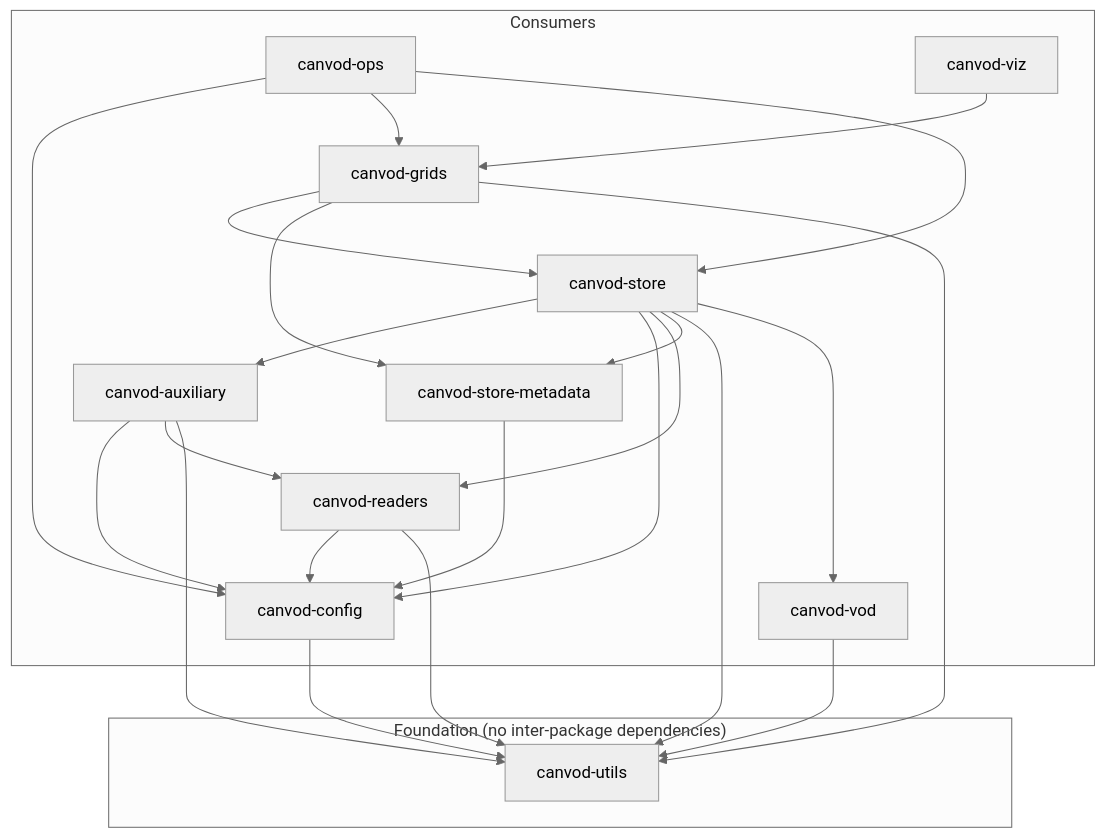
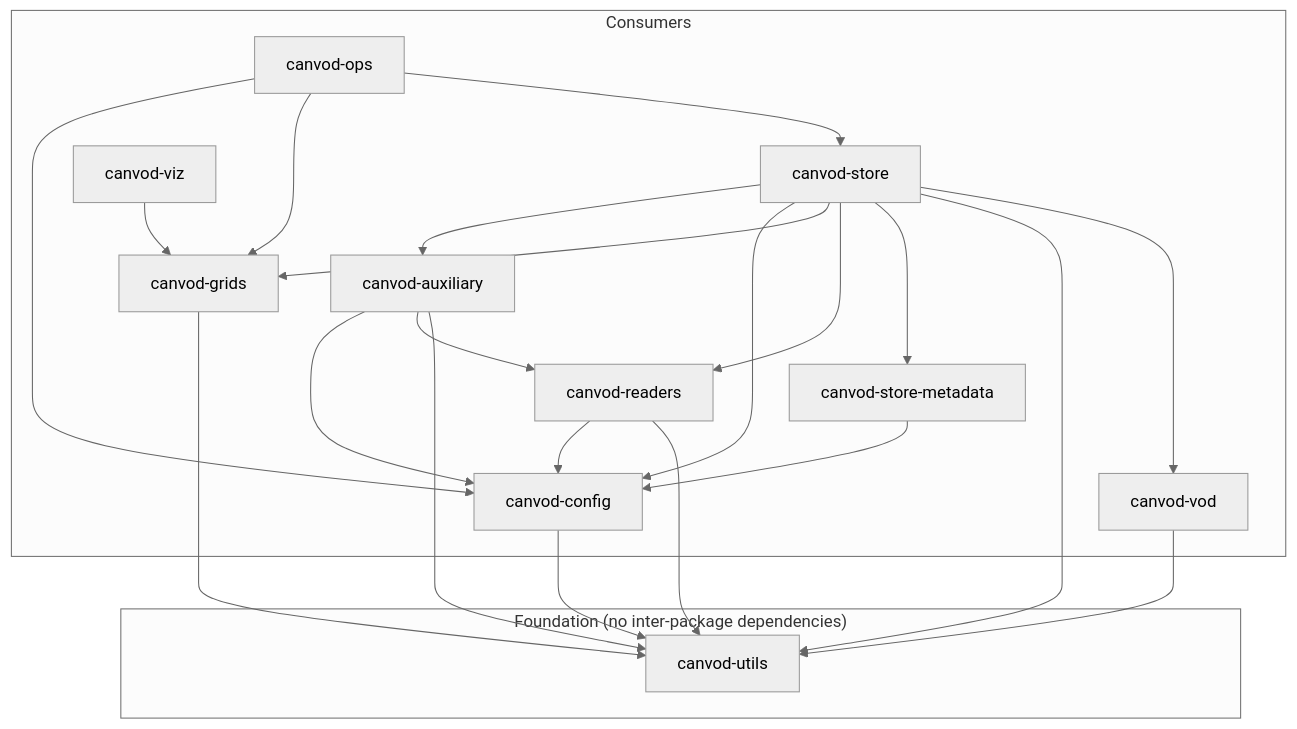
One commit to TUW-GEO/canvodpy changed the diagram in docs/dependencies.md. Above: the diagram before and after it, drawn with Mermaid (neutral theme). The commit also changed other lines of this file and 19 other files, not shown here.

First line of the commit message:
refactor(store)!: grids and analysis results are stored by canvod-store

````diff
--- a/docs/dependencies.md
+++ b/docs/dependencies.md
@@ -15,28 +15,28 @@
 ```mermaid
 graph TD
     subgraph FOUNDATION["Foundation (no inter-package dependencies)"]
         UTILS["canvod-utils"]
     end
 
     subgraph CONSUMERS["Consumers"]
         CONFIG["canvod-config"]
         VOD["canvod-vod"]
         READERS["canvod-readers"]
         STOREMETA["canvod-store-metadata"]
         AUX["canvod-auxiliary"]
         STORE["canvod-store"]
         GRIDS["canvod-grids"]
         OPS["canvod-ops"]
         VIZ["canvod-viz"]
     end
 
     CONFIG --> UTILS
     VOD --> UTILS
     READERS --> CONFIG & UTILS
     STOREMETA --> CONFIG
     AUX --> CONFIG & READERS & UTILS
-    STORE --> AUX & CONFIG & READERS & STOREMETA & UTILS & VOD
-    GRIDS --> STORE & STOREMETA & UTILS
+    STORE --> AUX & CONFIG & GRIDS & READERS & STOREMETA & UTILS & VOD
+    GRIDS --> UTILS
     OPS --> CONFIG & GRIDS & STORE
     VIZ --> GRIDS
 ```
````
